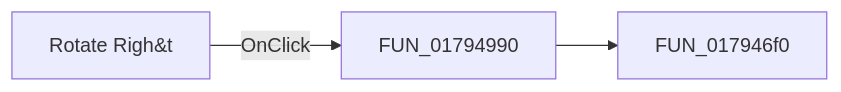
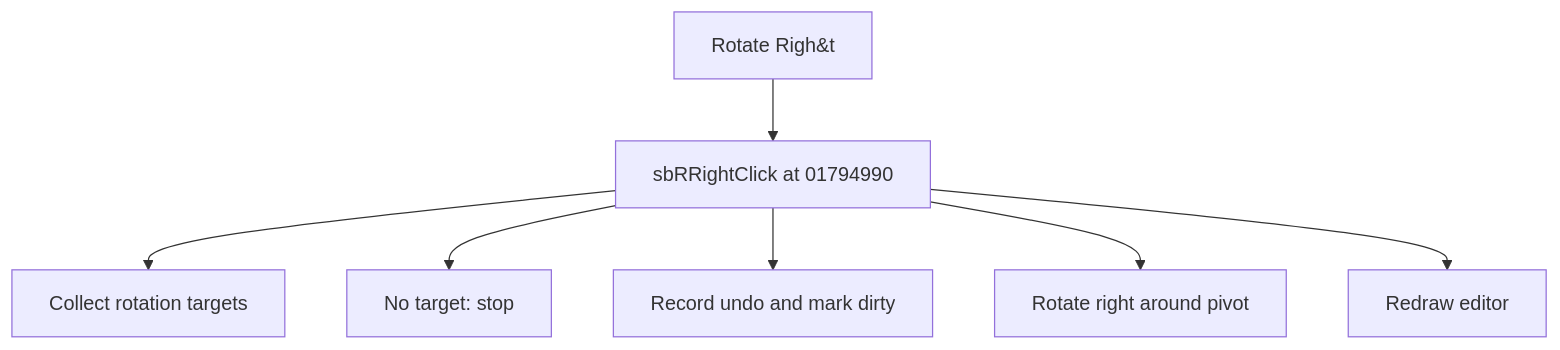
Before and after one commit to MovGP0/TIARA: the diagram in docs/ui-controls/shapeedit/mnrotateright-828fd894d5.md, drawn with Mermaid. The commit also changed other lines of this file and 1062 other files, not shown here.

````diff
--- a/docs/ui-controls/shapeedit/mnrotateright-828fd894d5.md
+++ b/docs/ui-controls/shapeedit/mnrotateright-828fd894d5.md
@@ -27,5 +27,9 @@
 ```mermaid
-flowchart LR
-    control["Rotate Righ&t"] -->|OnClick| handler["FUN_01794990"]
-    handler --> call1["FUN_017946f0"]
+flowchart TD
+    control["Rotate Righ&t"] --> handler["sbRRightClick at 01794990"]
+    handler --> step1["Collect rotation targets"]
+    handler --> step2["No target: stop"]
+    handler --> step3["Record undo and mark dirty"]
+    handler --> step4["Rotate right around pivot"]
+    handler --> step5["Redraw editor"]
 ```
````
